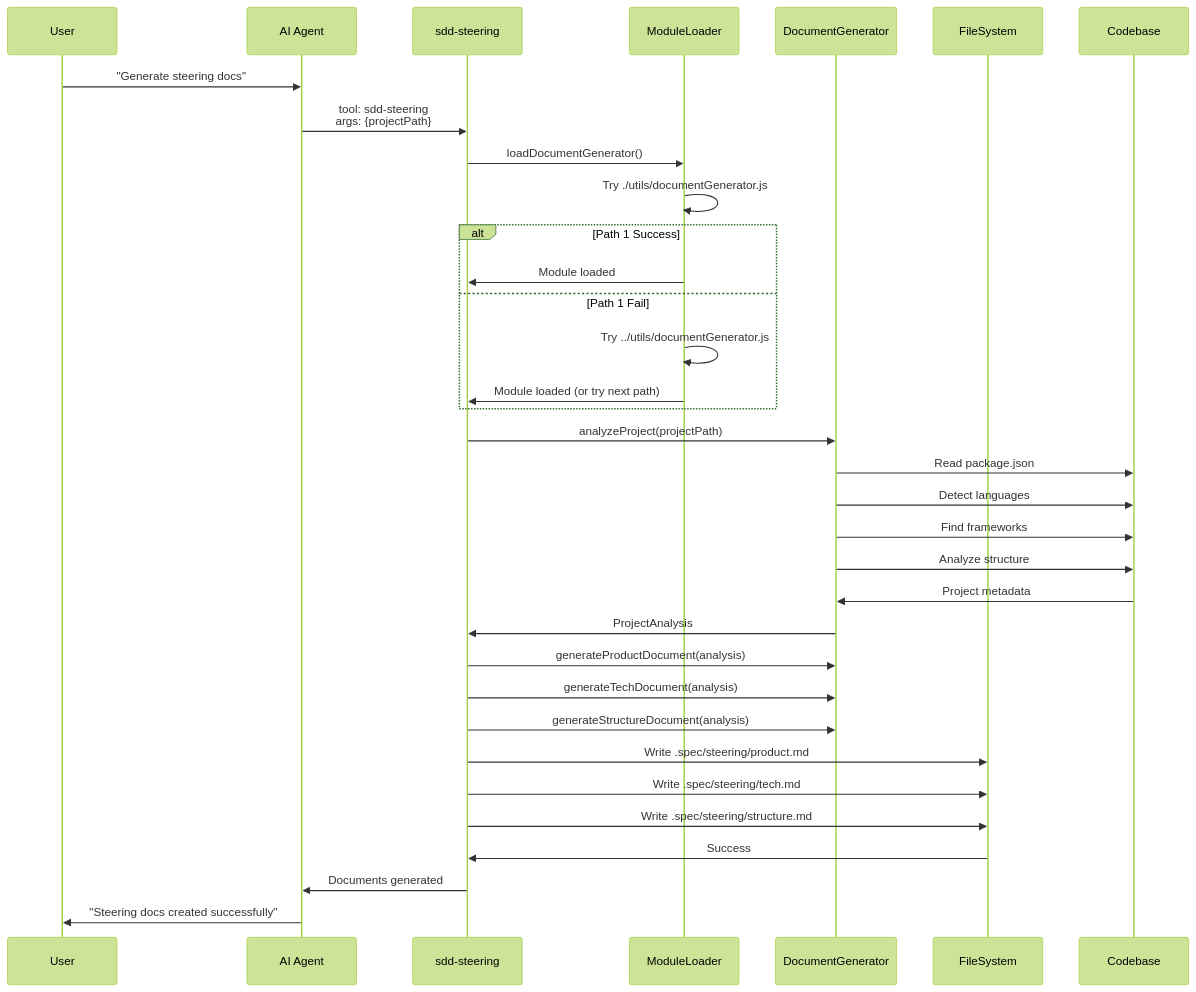
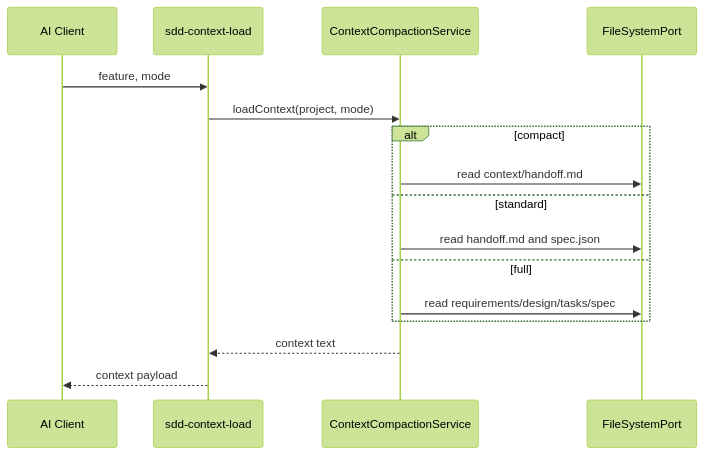
One commit to yi-john-huang/sdd-mcp changed the ninth of 9 diagrams in ARCHITECTURE.md. Above: the diagram before and after it, drawn with Mermaid (forest theme). The commit also changed other lines of this file and 31 other files, not shown here.

First line of the commit message:
feat(workflow): add compact context handoffs (#43)

````diff
--- a/ARCHITECTURE.md
+++ b/ARCHITECTURE.md
@@ -573,42 +510,19 @@
 ```mermaid
 sequenceDiagram
-    participant U as User
-    participant AI as AI Agent
-    participant Tool as sdd-steering
-    participant ML as ModuleLoader
-    participant DG as DocumentGenerator
-    participant FS as FileSystem
-    participant CB as Codebase
+    participant Client as AI Client
+    participant Tool as sdd-context-load
+    participant Context as ContextCompactionService
+    participant FS as FileSystemPort
 
-    U->>AI: "Generate steering docs"
-    AI->>Tool: tool: sdd-steering<br/>args: {projectPath}
-    Tool->>ML: loadDocumentGenerator()
-    
-    ML->>ML: Try ./utils/documentGenerator.js
-    alt Path 1 Success
-        ML->>Tool: Module loaded
-    else Path 1 Fail
-        ML->>ML: Try ../utils/documentGenerator.js
-        ML->>Tool: Module loaded (or try next path)
+    Client->>Tool: feature, mode
+    Tool->>Context: loadContext(project, mode)
+    alt compact
+        Context->>FS: read context/handoff.md
+    else standard
+        Context->>FS: read handoff.md and spec.json
+    else full
+        Context->>FS: read requirements/design/tasks/spec
     end
-    
-    Tool->>DG: analyzeProject(projectPath)
-    DG->>CB: Read package.json
-    DG->>CB: Detect languages
-    DG->>CB: Find frameworks
-    DG->>CB: Analyze structure
-    CB->>DG: Project metadata
-    
-    DG->>Tool: ProjectAnalysis
-    Tool->>DG: generateProductDocument(analysis)
-    Tool->>DG: generateTechDocument(analysis)
-    Tool->>DG: generateStructureDocument(analysis)
-    
-    Tool->>FS: Write .spec/steering/product.md
-    Tool->>FS: Write .spec/steering/tech.md
-    Tool->>FS: Write .spec/steering/structure.md
-    
-    FS->>Tool: Success
-    Tool->>AI: Documents generated
-    AI->>U: "Steering docs created successfully"
+    Context-->>Tool: context text
+    Tool-->>Client: context payload
 ```
````
